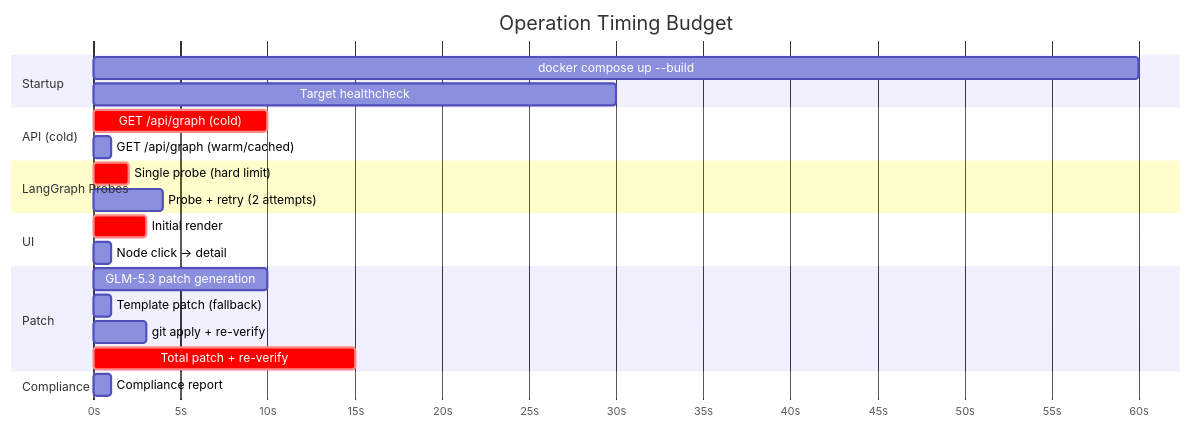
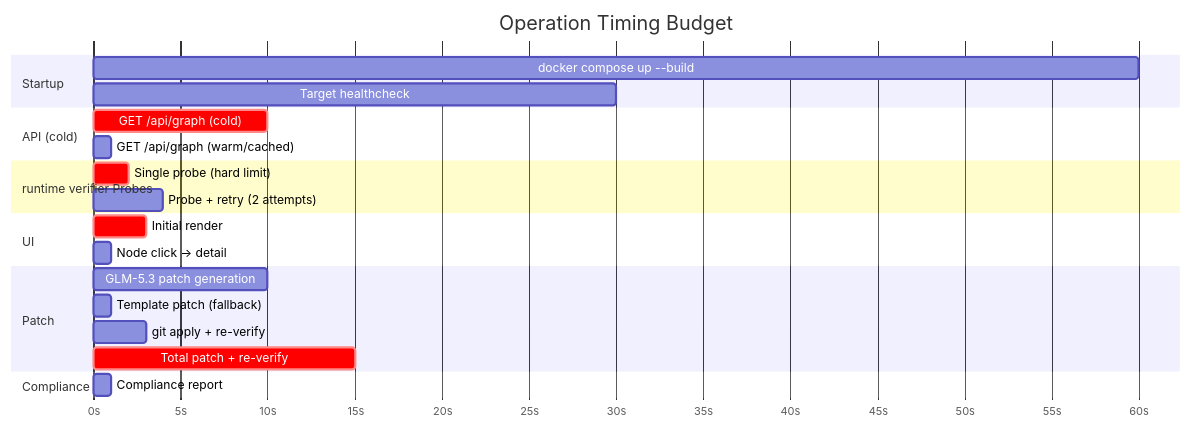
Before and after one commit to Halcyora/mitigata: diagram 23 of 25 in HACKATHON/docs/P06-Architecture.md, drawn with Mermaid. The commit also changed other lines of this file and 45 other files, not shown here.

````diff
--- a/HACKATHON/docs/P06-Architecture.md
+++ b/HACKATHON/docs/P06-Architecture.md
@@ -822,31 +822,31 @@
 ```mermaid
 gantt
     title Operation Timing Budget
     dateFormat  X
     axisFormat  %ss
 
     section Startup
     docker compose up --build    :0, 60
     Target healthcheck           :0, 30
 
     section API (cold)
     GET /api/graph (cold)        :crit, 0, 10
     GET /api/graph (warm/cached) :0, 1
 
-    section LangGraph Probes
+    section runtime verifier Probes
     Single probe (hard limit)    :crit, 0, 2
     Probe + retry (2 attempts)   :0, 4
 
     section UI
     Initial render               :crit, 0, 3
     Node click → detail          :0, 1
 
     section Patch
     GLM-5.3 patch generation    :0, 10
     Template patch (fallback)    :0, 1
     git apply + re-verify        :0, 3
     Total patch + re-verify      :crit, 0, 15
 
     section Compliance
     Compliance report            :0, 1
 ```
````
